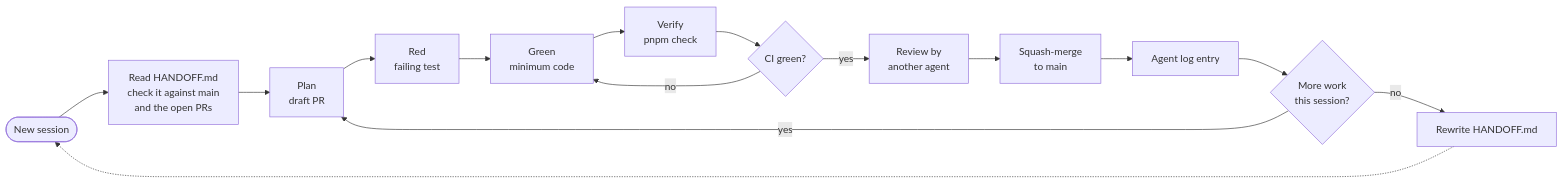
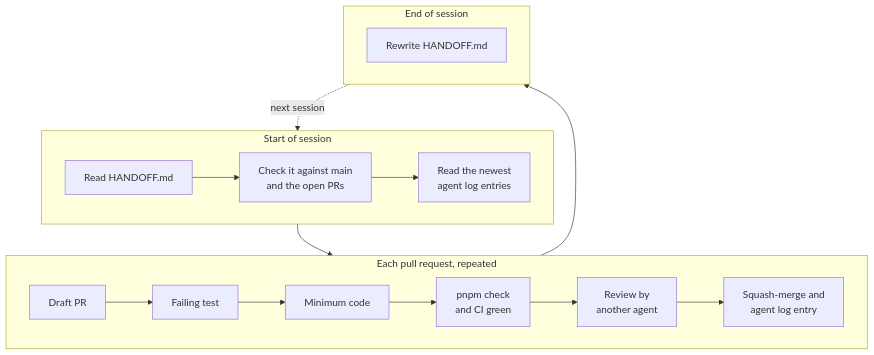
The first of 2 diagrams in README.md (adam-riffi/portfolio-infra), drawn with Mermaid before and after one commit. The commit also changed other lines of this file, not shown here.

Commit message:
docs(readme): make both diagrams readable at GitHub width

````diff
--- a/README.md
+++ b/README.md
@@ -110,17 +110,17 @@
 ```mermaid
-flowchart LR
-  start([New session]) --> read["Read HANDOFF.md<br/>check it against main<br/>and the open PRs"]
-  read --> plan["Plan<br/>draft PR"]
-  plan --> red["Red<br/>failing test"]
-  red --> green["Green<br/>minimum code"]
-  green --> verify["Verify<br/>pnpm check"]
-  verify --> ci{"CI green?"}
-  ci -- no --> green
-  ci -- yes --> review["Review by<br/>another agent"]
-  review --> merge["Squash-merge<br/>to main"]
-  merge --> log["Agent log entry"]
-  log --> more{"More work<br/>this session?"}
-  more -- yes --> plan
-  more -- no --> handoff["Rewrite HANDOFF.md"]
-  handoff -.-> start
+flowchart TB
+  subgraph start["Start of session"]
+    direction LR
+    a["Read HANDOFF.md"] --> b["Check it against main<br/>and the open PRs"] --> c["Read the newest<br/>agent log entries"]
+  end
+  subgraph each["Each pull request, repeated"]
+    direction LR
+    d["Draft PR"] --> e["Failing test"] --> f["Minimum code"] --> g["pnpm check<br/>and CI green"] --> h["Review by<br/>another agent"] --> i["Squash-merge and<br/>agent log entry"]
+  end
+  subgraph finish["End of session"]
+    direction LR
+    j["Rewrite HANDOFF.md"]
+  end
+  start --> each --> finish
+  finish -. next session .-> start
 ```
````
